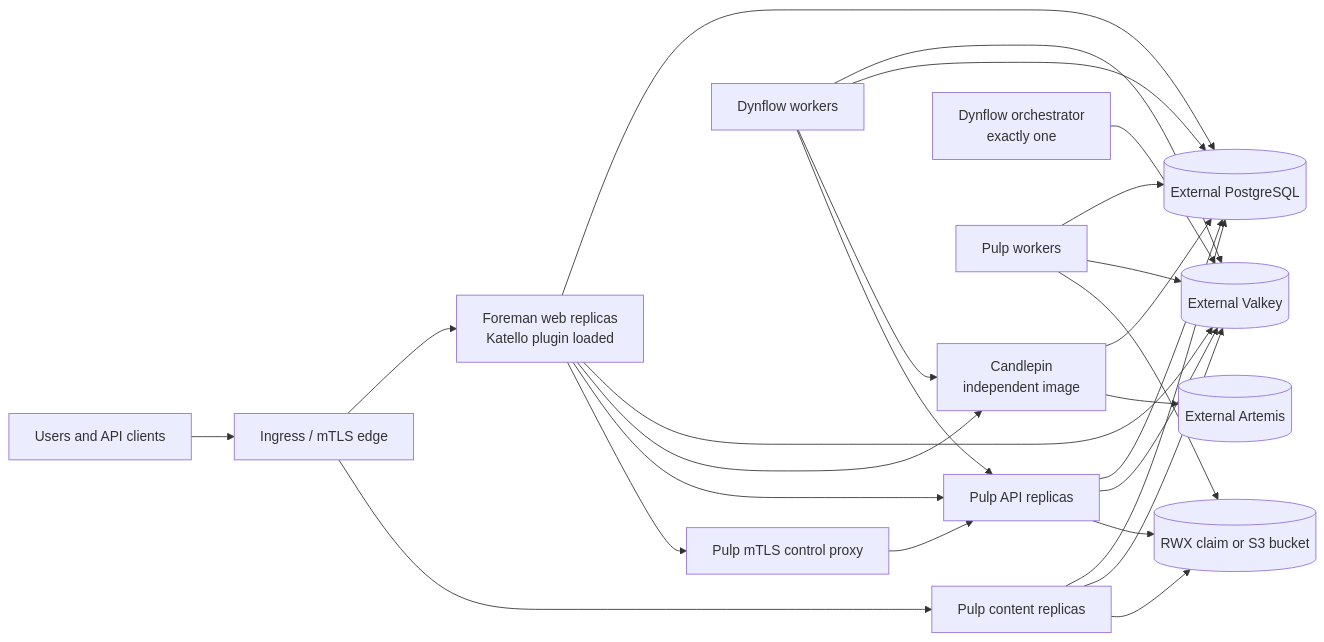
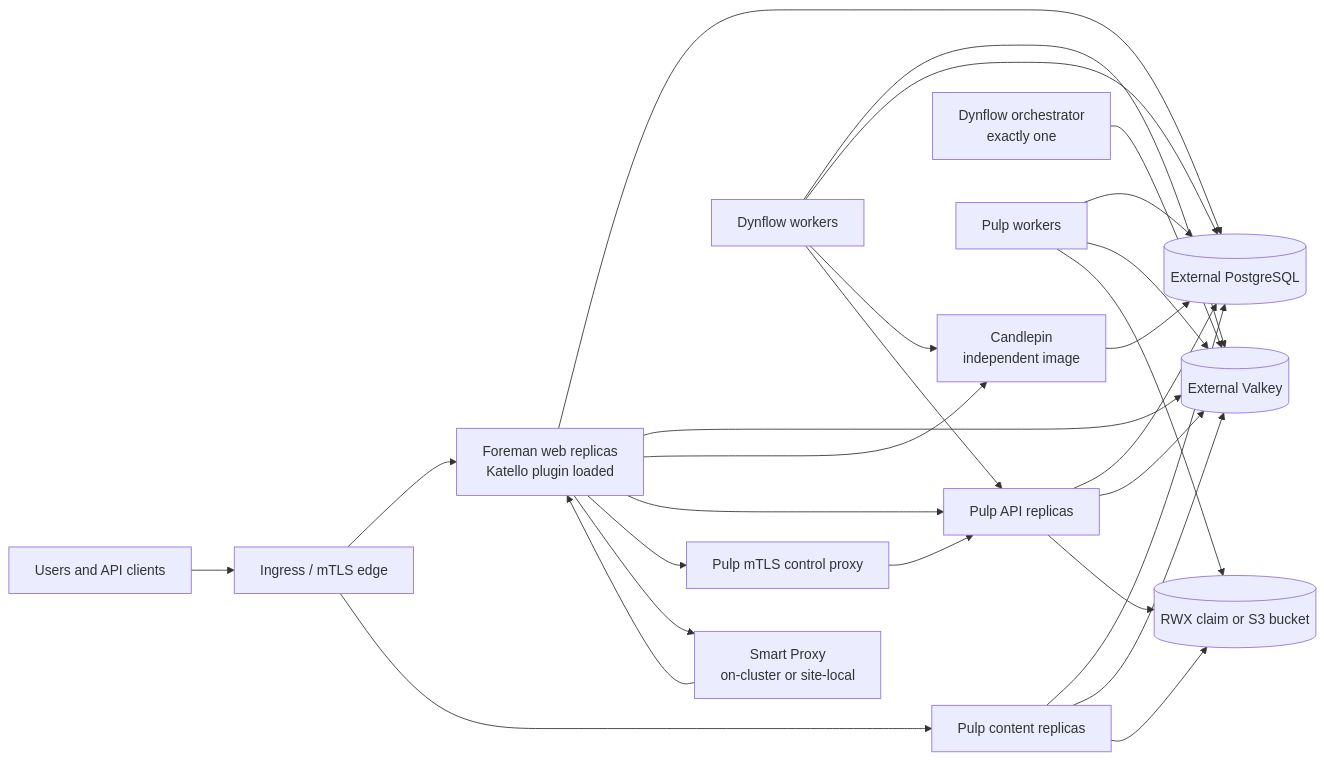
The diagram in docs/architecture.md (jakduch/foreman-kubernetes), drawn with Mermaid before and after one commit. The commit also changed other lines of this file and 48 other files, not shown here.

````diff
--- a/docs/architecture.md
+++ b/docs/architecture.md
@@ -21,30 +21,32 @@
 ```mermaid
 flowchart LR
   Client[Users and API clients] --> Edge[Ingress / mTLS edge]
   Edge --> Foreman[Foreman web replicas\nKatello plugin loaded]
   Foreman --> DB[(External PostgreSQL)]
   Foreman --> Valkey[(External Valkey)]
   Foreman --> Candlepin[Candlepin\nindependent image]
   Foreman --> PulpAPI[Pulp API replicas]
   Edge --> PulpContent[Pulp content replicas]
   Foreman --> PulpControl[Pulp mTLS control proxy]
   PulpControl --> PulpAPI
 
   Orchestrator[Dynflow orchestrator\nexactly one] --> Valkey
   Worker[Dynflow workers] --> Valkey
   Worker --> DB
   Worker --> Candlepin
   Worker --> PulpAPI
 
   PulpAPI --> DB
   PulpAPI --> Valkey
   PulpContent --> DB
   PulpContent --> Valkey
   PulpWorker[Pulp workers] --> DB
   PulpWorker --> Valkey
   PulpAPI --> ContentStore[(RWX claim or S3 bucket)]
   PulpContent --> ContentStore
   PulpWorker --> ContentStore
   Candlepin --> DB
-  Candlepin --> Artemis[(External Artemis)]
+
+  Proxy[Smart Proxy\non-cluster or site-local] --> Foreman
+  Foreman --> Proxy
 ```
````
